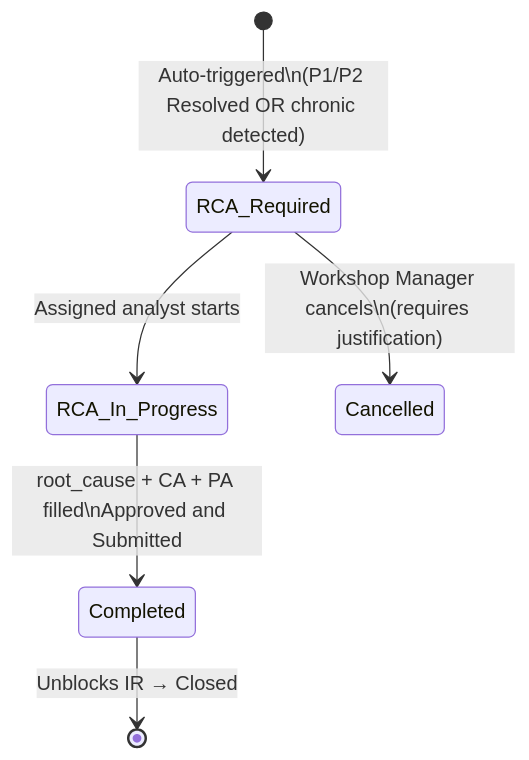
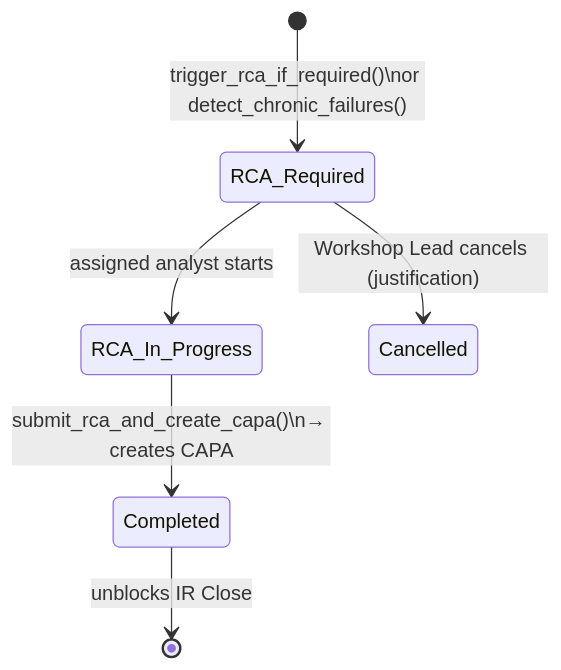
Before and after one commit to mvl26/Assetcore: the third of 4 diagrams in docs/imm-12/IMM-12_Technical_Design.md, drawn with Mermaid. The commit also changed other lines of this file and 329 other files, not shown here.

````diff
--- a/docs/imm-12/IMM-12_Technical_Design.md
+++ b/docs/imm-12/IMM-12_Technical_Design.md
@@ -350,8 +389,8 @@
 ```mermaid
 stateDiagram-v2
-    [*] --> RCA_Required : Auto-triggered\n(P1/P2 Resolved OR chronic detected)
-    RCA_Required --> RCA_In_Progress : Assigned analyst starts
-    RCA_In_Progress --> Completed : root_cause + CA + PA filled\nApproved and Submitted
-    Completed --> [*] : Unblocks IR → Closed
-    RCA_Required --> Cancelled : Workshop Manager cancels\n(requires justification)
+    [*] --> RCA_Required : trigger_rca_if_required()\nor detect_chronic_failures()
+    RCA_Required --> RCA_In_Progress : assigned analyst starts
+    RCA_In_Progress --> Completed : submit_rca_and_create_capa()\n→ creates CAPA
+    Completed --> [*] : unblocks IR Close
+    RCA_Required --> Cancelled : Workshop Lead cancels (justification)
 ```
````
